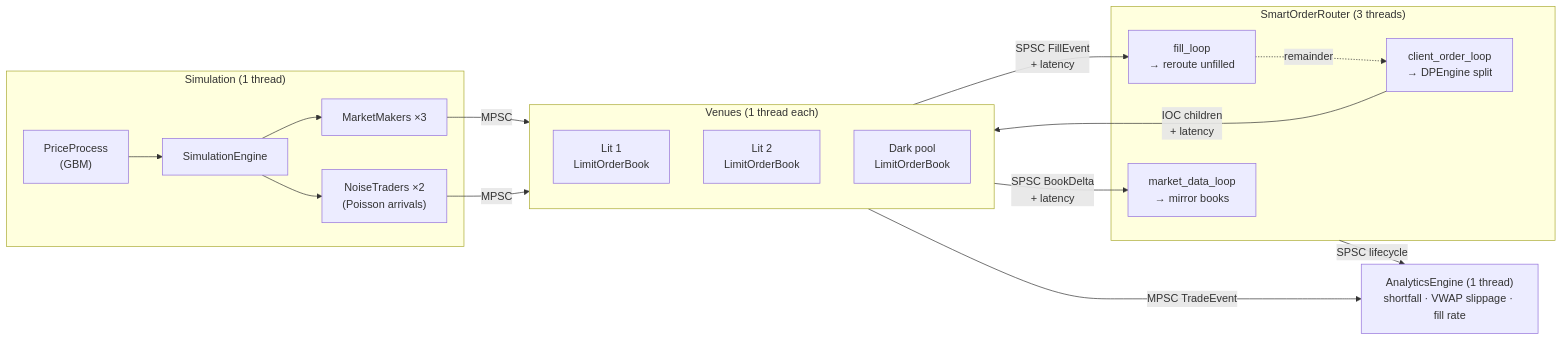
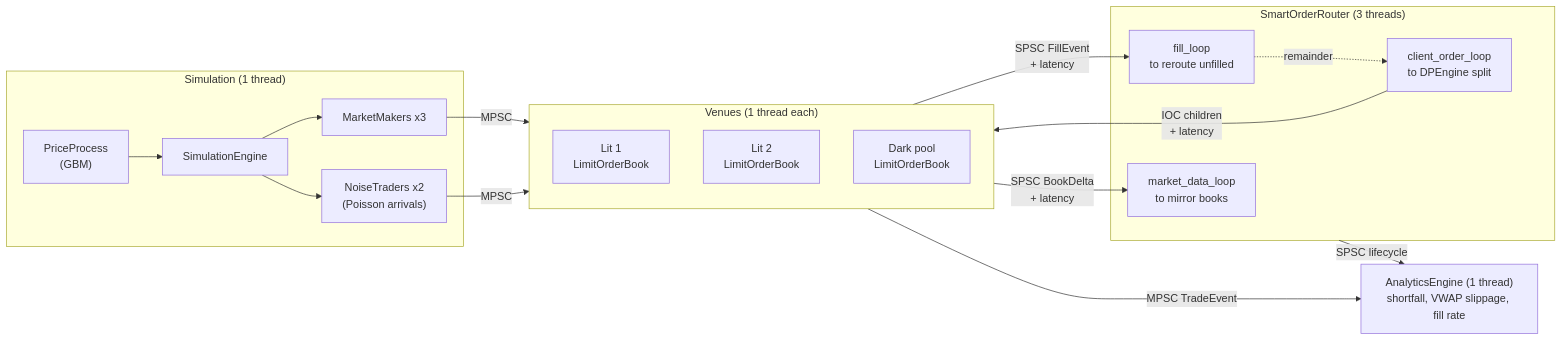
The diagram in README.md (Hamz714/High-Frequency-Trading-Smart-Order-Router), drawn with Mermaid before and after one commit. The commit also changed other lines of this file, not shown here.

````diff
--- a/README.md
+++ b/README.md
@@ -407,31 +139,31 @@
 ```mermaid
 flowchart LR
     subgraph sim["Simulation (1 thread)"]
         PP["PriceProcess<br/>(GBM)"] --> SE[SimulationEngine]
-        SE --> MM["MarketMakers ×3"]
-        SE --> NT["NoiseTraders ×2<br/>(Poisson arrivals)"]
+        SE --> MM["MarketMakers x3"]
+        SE --> NT["NoiseTraders x2<br/>(Poisson arrivals)"]
     end
 
     subgraph venues["Venues (1 thread each)"]
         V1["Lit 1<br/>LimitOrderBook"]
         V2["Lit 2<br/>LimitOrderBook"]
         V3["Dark pool<br/>LimitOrderBook"]
     end
 
     subgraph router["SmartOrderRouter (3 threads)"]
-        MD["market_data_loop<br/>→ mirror books"]
-        OL["client_order_loop<br/>→ DPEngine split"]
-        FL["fill_loop<br/>→ reroute unfilled"]
+        MD["market_data_loop<br/>to mirror books"]
+        OL["client_order_loop<br/>to DPEngine split"]
+        FL["fill_loop<br/>to reroute unfilled"]
     end
 
-    AE["AnalyticsEngine (1 thread)<br/>shortfall · VWAP slippage · fill rate"]
+    AE["AnalyticsEngine (1 thread)<br/>shortfall, VWAP slippage, fill rate"]
 
     MM -->|MPSC| venues
     NT -->|MPSC| venues
     venues -->|"SPSC BookDelta<br/>+ latency"| MD
     venues -->|"SPSC FillEvent<br/>+ latency"| FL
     OL -->|"IOC children<br/>+ latency"| venues
     FL -.->|remainder| OL
     venues -->|MPSC TradeEvent| AE
     router -->|SPSC lifecycle| AE
 ```
````
